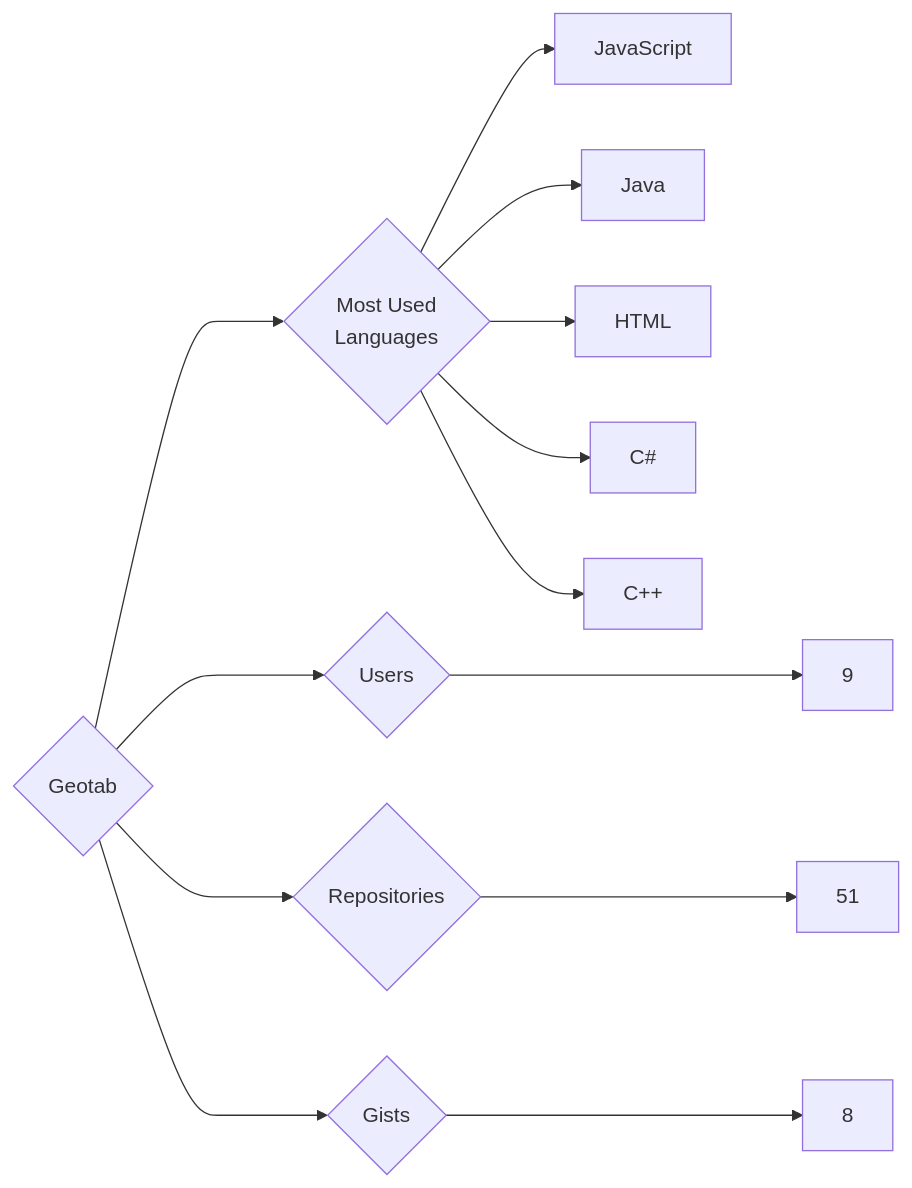
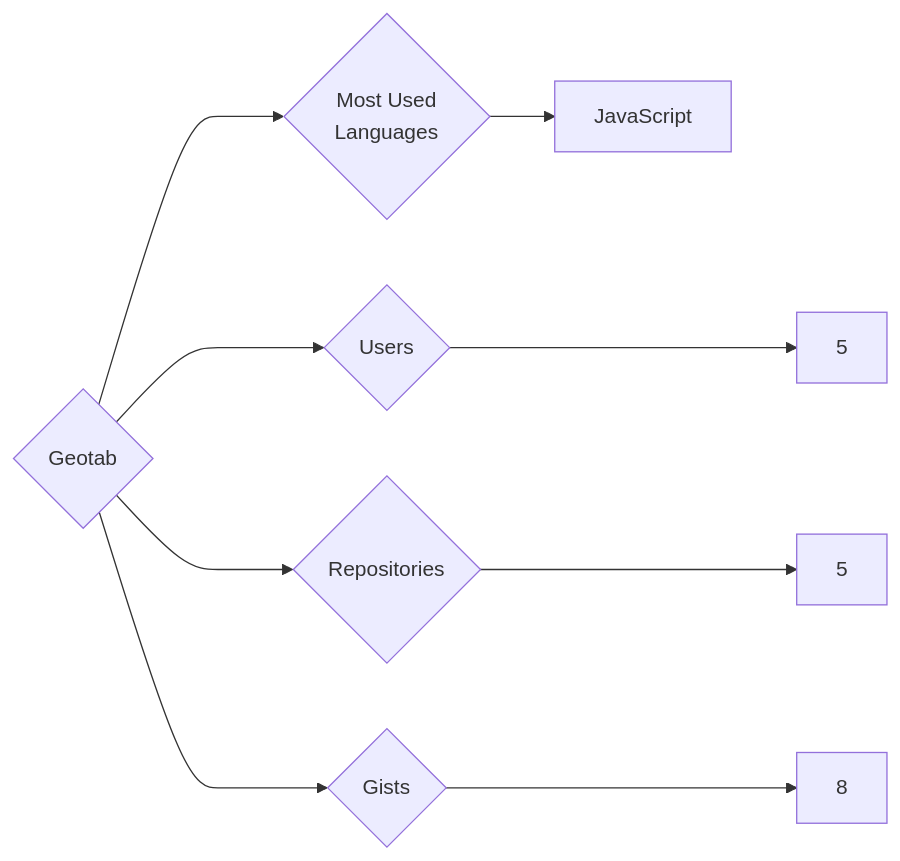
One commit to trickest/insiders changed the diagram in targets/Geotab/README.md. Above: the diagram before and after it, drawn with Mermaid. The commit also changed 1238 other files, not shown here.

````diff
--- a/targets/Geotab/README.md
+++ b/targets/Geotab/README.md
@@ -3,13 +3,9 @@
 ```mermaid
 graph LR
 COMPANY_NAME{Geotab}
-COMPANY_NAME ---> U{Users} ---> UN[9]
-COMPANY_NAME ---> R{Repositories} ---> RN[51]
+COMPANY_NAME ---> U{Users} ---> UN[5]
+COMPANY_NAME ---> R{Repositories} ---> RN[5]
 COMPANY_NAME ---> G{Gists} ---> GN[8]
 COMPANY_NAME ---> ML{Most Used<br>Languages}
 ML --> JavaScript[JavaScript]
-ML --> Java[Java]
-ML --> HTML[HTML]
-ML --> C#[C#]
-ML --> C++[C++]
 ```
````
